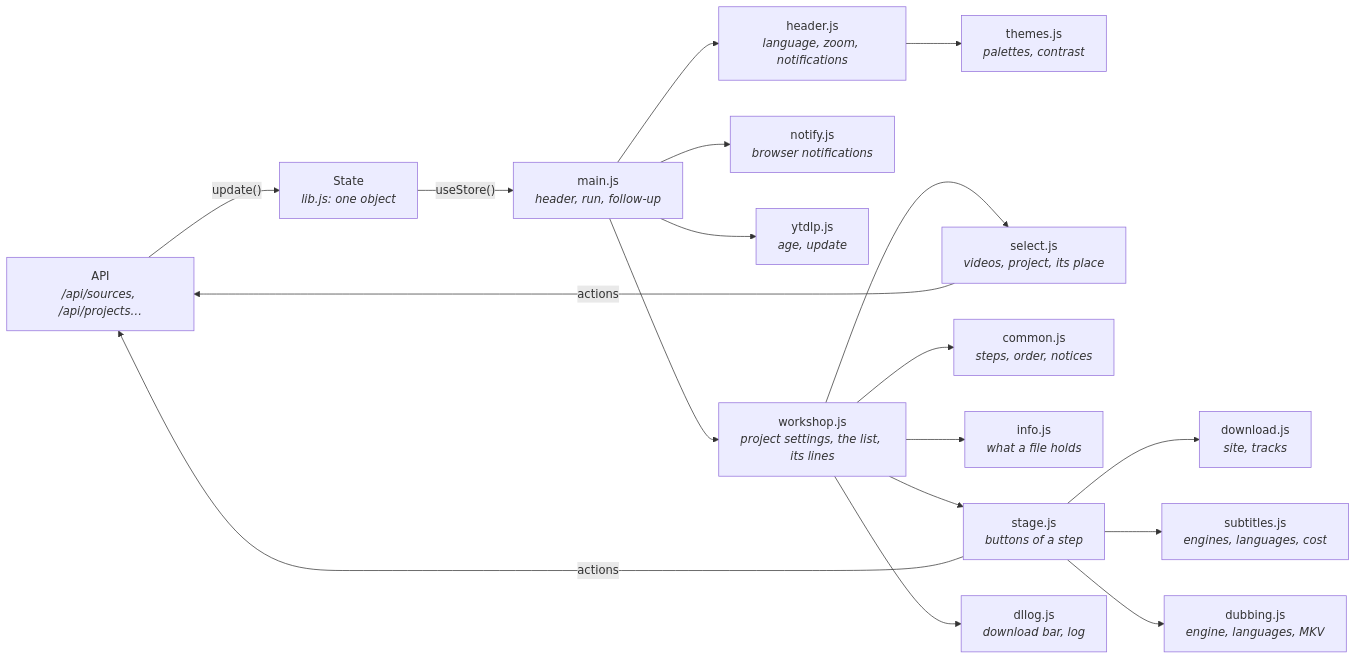
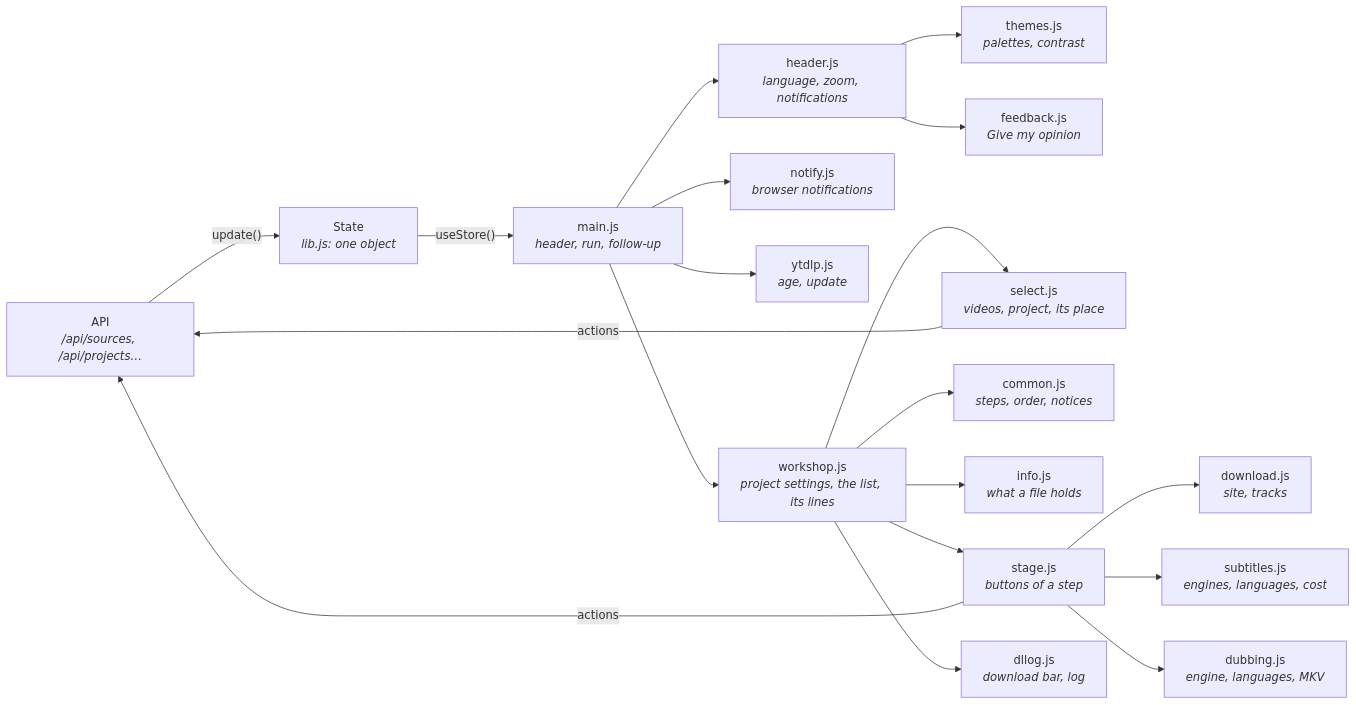
The seventh of 7 diagrams in docs/code.md (DamienBecherini/dl-sub-dub), drawn with Mermaid before and after one commit. The commit also changed other lines of this file and 21 other files, not shown here.

Commit message:
Version 0.3.4: Give my opinion, a button in the header and at the bottom of the page to rate, give an opinion, report a bug or suggest an idea; nothing is sent by the tool, a security flaw goes to the private report

````diff
--- a/docs/code.md
+++ b/docs/code.md
@@ -477,20 +477,21 @@
 ```mermaid
 flowchart LR
   api["API<br/><i>/api/sources, /api/projects…</i>"] -->|"update()"| state["State<br/><i>lib.js: one object</i>"]
   state -->|"useStore()"| main["main.js<br/><i>header, run, follow-up</i>"]
   main --> header["header.js<br/><i>language, zoom, notifications</i>"]
   header --> themes["themes.js<br/><i>palettes, contrast</i>"]
   main --> notify["notify.js<br/><i>browser notifications</i>"]
+  header --> feedback["feedback.js<br/><i>Give my opinion</i>"]
   main --> ytdlp["ytdlp.js<br/><i>age, update</i>"]
   main --> workshop["workshop.js<br/><i>project settings, the list, its lines</i>"]
   workshop --> select["select.js<br/><i>videos, project, its place</i>"]
   workshop --> common["common.js<br/><i>steps, order, notices</i>"]
   workshop --> info["info.js<br/><i>what a file holds</i>"]
   workshop --> stage["stage.js<br/><i>buttons of a step</i>"]
   stage --> download["download.js<br/><i>site, tracks</i>"]
   stage --> subtitles["subtitles.js<br/><i>engines, languages, cost</i>"]
   stage --> dubbingjs["dubbing.js<br/><i>engine, languages, MKV</i>"]
   workshop --> dllog["dllog.js<br/><i>download bar, log</i>"]
   select -->|"actions"| api
   stage -->|"actions"| api
 ```
````
